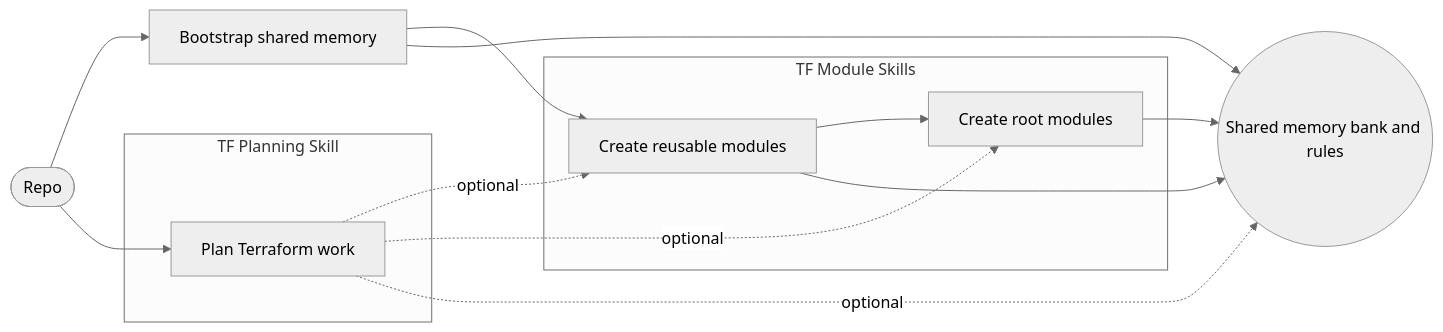
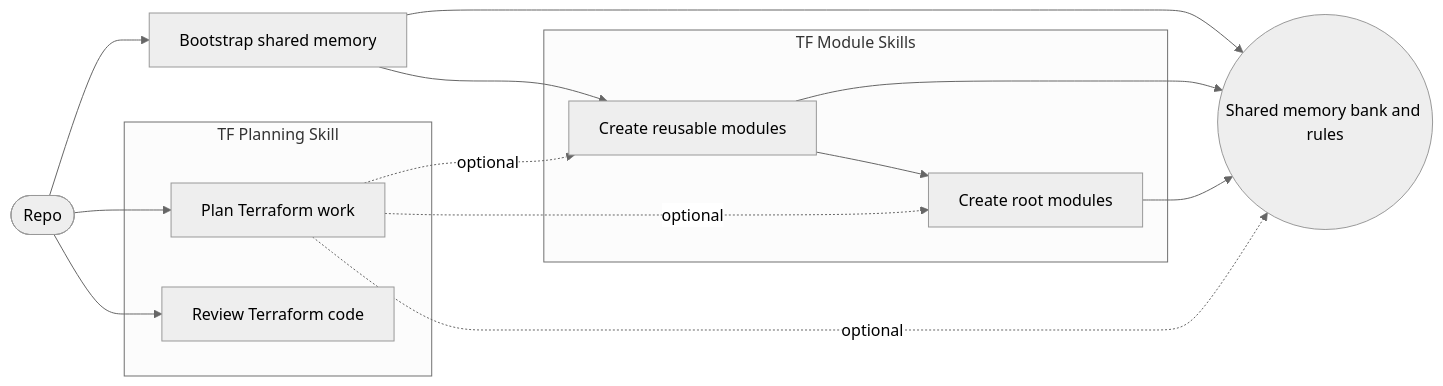
One commit to senad-d/terraform-skills changed the diagram in README.md. Above: the diagram before and after it, drawn with Mermaid (neutral theme).

Commit message:
docs(readme): document review step in tf workflow

````diff
--- a/README.md
+++ b/README.md
@@ -5,28 +5,30 @@
 ```mermaid
 flowchart LR
     %% TF skills memory bank workflow
 
     A([Repo]) --> B[Bootstrap shared memory]
     A --> P[Plan Terraform work]
+    A --> R[Review Terraform code]
     B --> C[Create reusable modules]
     C --> D[Create root modules]
 
     subgraph TF Module Skills
         C
         D
     end
 
     subgraph TF Planning Skill
         P
+        R
     end
 
     MB((Shared memory bank and rules))
 
+    B --> MB
     C --> MB
     D --> MB
-    B --> MB
     P -. optional .-> C
     P -. optional .-> D
     P -. optional .-> MB
 
 ```
````
